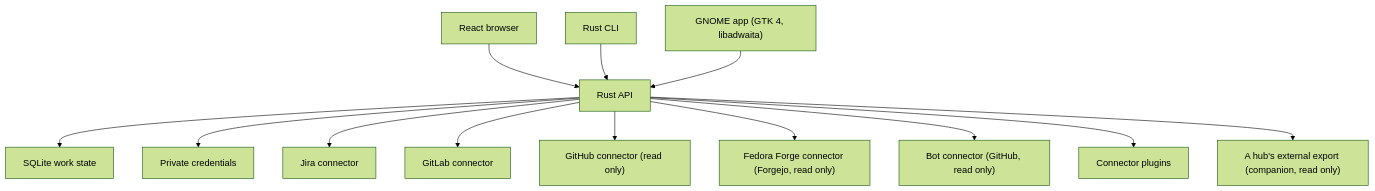
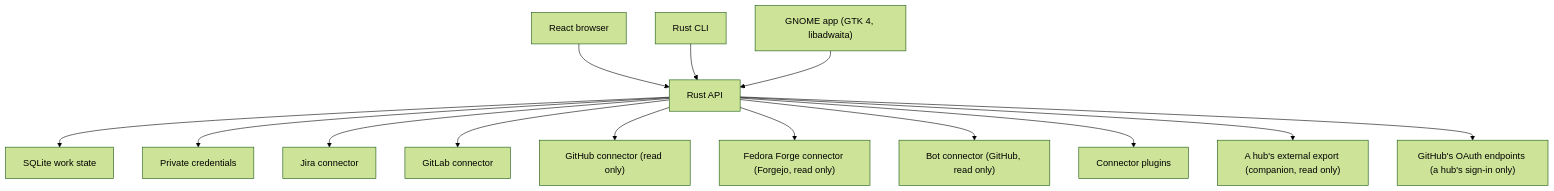
The diagram in docs/architecture.md (jmarrero-bot/work-tracker-poc), drawn with Mermaid (forest theme) before and after one commit. The commit also changed other lines of this file and 3 other files, not shown here.

First line of the commit message:
docs: Document the hub's GitHub App and its sign-ins

````diff
--- a/docs/architecture.md
+++ b/docs/architecture.md
@@ -3,15 +3,16 @@
 ```mermaid
 flowchart TD
   Web["React browser"] --> API["Rust API"]
   CLI["Rust CLI"] --> API
   GNOME["GNOME app (GTK 4, libadwaita)"] --> API
   API --> DB["SQLite work state"]
   API --> Secrets["Private credentials"]
   API --> Jira["Jira connector"]
   API --> GitLab["GitLab connector"]
   API --> GitHub["GitHub connector (read only)"]
   API --> Fedora["Fedora Forge connector (Forgejo, read only)"]
   API --> Bot["Bot connector (GitHub, read only)"]
   API --> Plugins["Connector plugins"]
   API --> Hub["A hub's external export (companion, read only)"]
+  API --> OAuth["GitHub's OAuth endpoints (a hub's sign-in only)"]
 ```
````
